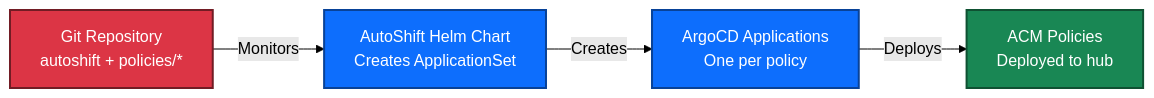
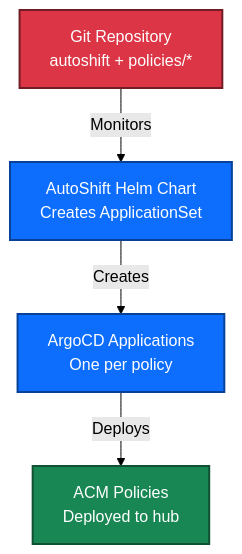
The first of 4 diagrams in README-DEVELOPER.md (auto-shift/autoshiftv2), drawn with Mermaid (forest theme) before and after one commit.

Commit message:
splitting into multiple diagrams for clarity

````diff
--- a/README-DEVELOPER.md
+++ b/README-DEVELOPER.md
@@ -46,19 +46,19 @@
 ```mermaid
-flowchart LR
+flowchart TD
     Git[Git Repository<br/>autoshift + policies/*]
     AutoShift[AutoShift Helm Chart<br/>Creates ApplicationSet]
     Apps[ArgoCD Applications<br/>One per policy]
     Policies[ACM Policies<br/>Deployed to hub]
 
     Git -->|Monitors| AutoShift
     AutoShift -->|Creates| Apps
     Apps -->|Deploys| Policies
 
     classDef git fill:#dc3545,stroke:#721c24,stroke-width:2px,color:#ffffff
     classDef argo fill:#0d6efd,stroke:#084298,stroke-width:2px,color:#ffffff
     classDef policy fill:#198754,stroke:#0f5132,stroke-width:2px,color:#ffffff
 
     class Git git
     class AutoShift,Apps argo
     class Policies policy
 ```
````
